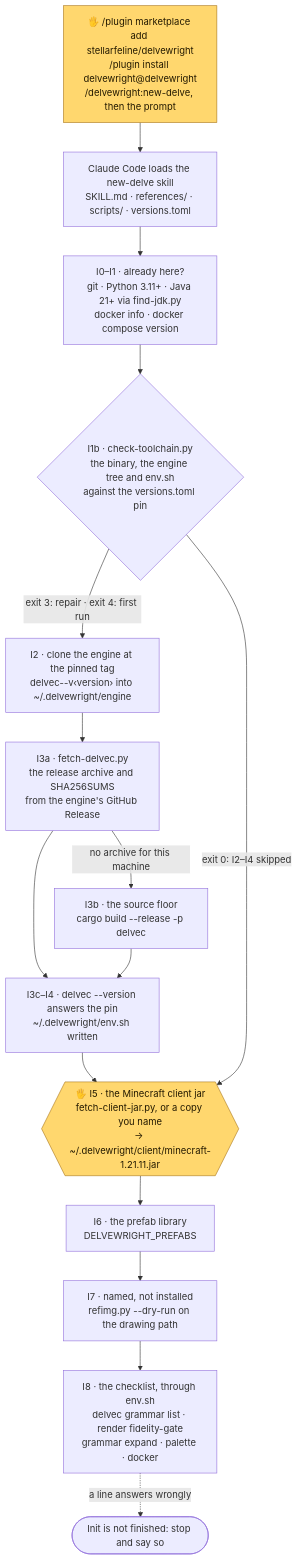
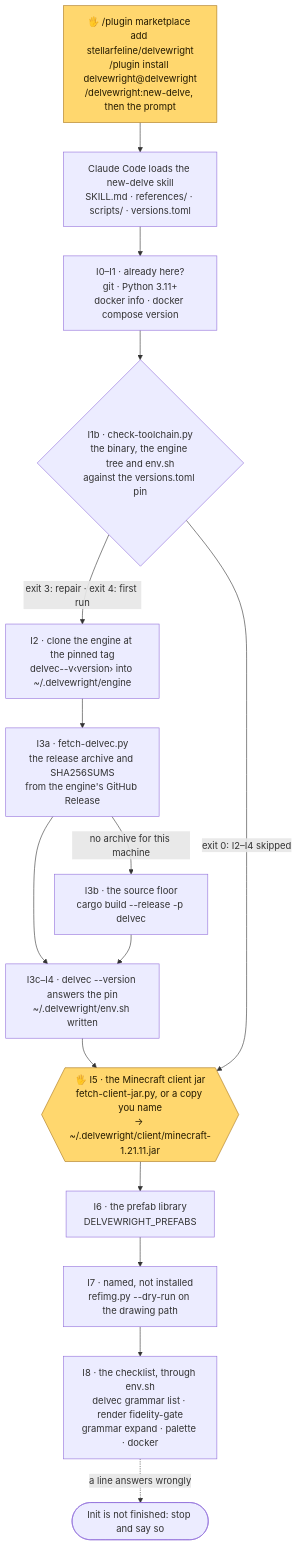
Before and after one commit to stellarfeline/delvewright: the second of 9 diagrams in docs/how-it-works.md, drawn with Mermaid. The commit also changed 8 other files, not shown here.

````diff
--- a/docs/how-it-works.md
+++ b/docs/how-it-works.md
@@ -26,20 +26,20 @@
 ```mermaid
 flowchart TD
     U["🖐 /plugin marketplace add stellarfeline/delvewright<br/>/plugin install delvewright@delvewright<br/>/delvewright:new-delve, then the prompt"]:::human
     U --> CC["Claude Code loads the new-delve skill<br/>SKILL.md · references/ · scripts/ · versions.toml"]
-    CC --> I1["I0–I1 · already here?<br/>git · Python 3.11+ · Java 21+ via find-jdk.py<br/>docker info · docker compose version"]
+    CC --> I1["I0–I1 · already here?<br/>git · Python 3.11+<br/>docker info · docker compose version"]
     I1 --> I1B{"I1b · check-toolchain.py<br/>the binary, the engine tree and env.sh<br/>against the versions.toml pin"}
     I1B -->|"exit 3: repair · exit 4: first run"| I2["I2 · clone the engine at the pinned tag<br/>delvec--v‹version› into ~/.delvewright/engine"]
     I2 --> I3A["I3a · fetch-delvec.py<br/>the release archive and SHA256SUMS<br/>from the engine's GitHub Release"]
     I3A -->|"no archive for this machine"| I3B["I3b · the source floor<br/>cargo build --release -p delvec"]
     I3A --> I4["I3c–I4 · delvec --version answers the pin<br/>~/.delvewright/env.sh written"]
     I3B --> I4
     I4 --> I5{{"🖐 I5 · the Minecraft client jar<br/>fetch-client-jar.py, or a copy you name<br/>→ ~/.delvewright/client/minecraft-1.21.11.jar"}}:::human
     I1B -->|"exit 0: I2–I4 skipped"| I5
     I5 --> I6["I6 · the prefab library<br/>DELVEWRIGHT_PREFABS"]
     I6 --> I7["I7 · named, not installed<br/>refimg.py --dry-run on the drawing path"]
     I7 --> I8["I8 · the checklist, through env.sh<br/>delvec grammar list · render fidelity-gate<br/>grammar expand · palette · docker"]
     I8 -.->|"a line answers wrongly"| STOP(["Init is not finished: stop and say so"])
 
     classDef human fill:#ffd76e,stroke:#a9761a,color:#241a00
 ```
````
